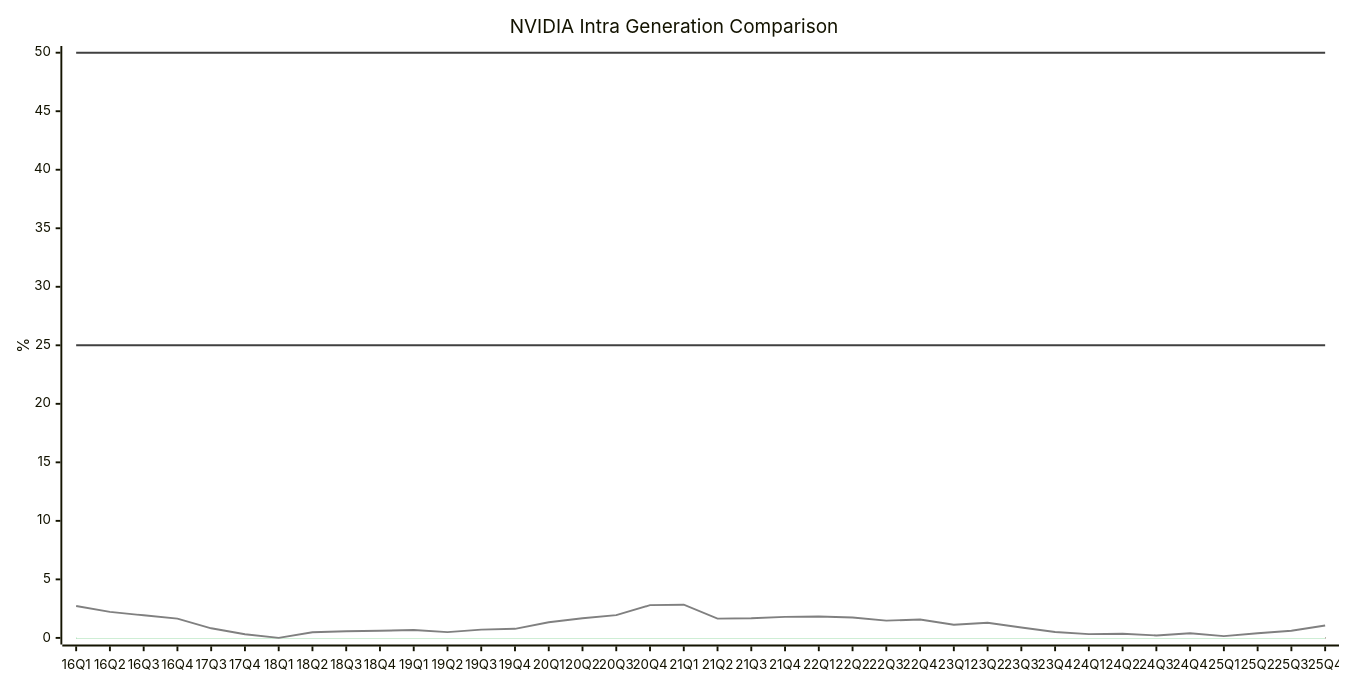
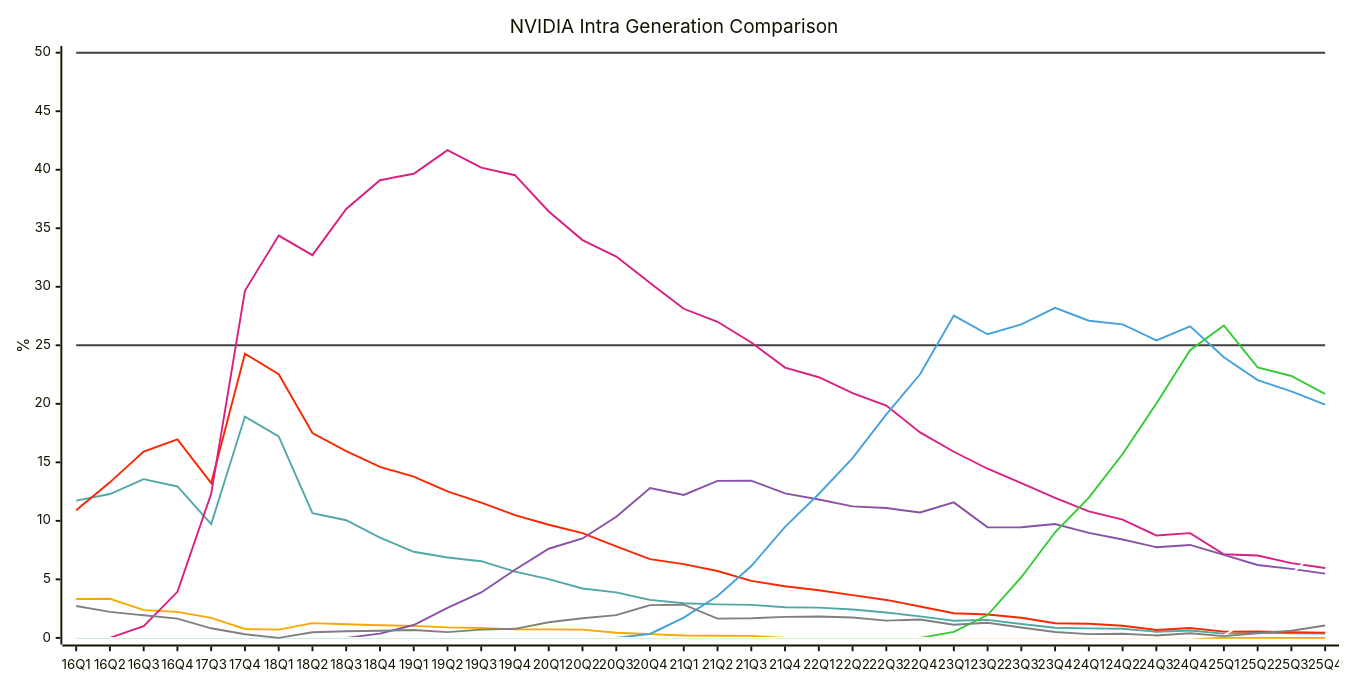
Before and after one commit to jdegene/steamHWsurvey: the second of 30 diagrams in README.md, drawn with Mermaid. The commit also changed 1 other file, not shown here.

Commit message:
minor graph fix

````diff
--- a/README.md
+++ b/README.md
@@ -98,29 +98,29 @@
 ```mermaid
 ---
 config:
     xyChart:
         width: 1400
         height: 700
         
     themeVariables:
         xyChart:
             plotColorPalette: "#404040,#404040,#51a8a6,#f9a900,#f92800,#d92080,#8a52a6,#46a2da,#32CD32,#FFFFFF,#808080"
 
 --- 
 
 xychart-beta
     title "NVIDIA Intra Generation Comparison"
     x-axis [16Q1, 16Q2, 16Q3, 16Q4, 17Q3, 17Q4, 18Q1, 18Q2, 18Q3, 18Q4, 19Q1, 19Q2, 19Q3, 19Q4, 20Q1, 20Q2, 20Q3, 20Q4, 21Q1, 21Q2, 21Q3, 21Q4, 22Q1, 22Q2, 22Q3, 22Q4, 23Q1, 23Q2, 23Q3, 23Q4, 24Q1, 24Q2, 24Q3, 24Q4, 25Q1, 25Q2, 25Q3, 25Q4]
     y-axis "%" 
  line [25, 25, 25, 25, 25, 25, 25, 25, 25, 25, 25, 25, 25, 25, 25, 25, 25, 25, 25, 25, 25, 25, 25, 25, 25, 25, 25, 25, 25, 25, 25, 25, 25, 25, 25, 25, 25, 25]
  line [50, 50, 50, 50, 50, 50, 50, 50, 50, 50, 50, 50, 50, 50, 50, 50, 50, 50, 50, 50, 50, 50, 50, 50, 50, 50, 50, 50, 50, 50, 50, 50, 50, 50, 50, 50, 50, 50]
-    line [0, 0, 0, 0, 0, 0, 0, 0, 0, 0, 0, 0, 0, 0, 0, 0, 0, 0, 0, 0, 0, 0, 0, 0, 0, 0, 0, 0, 0, 0, 0, 0, 0, 0, 0, 0, 0, 0]
-    line [0, 0, 0, 0, 0, 0, 0, 0, 0, 0, 0, 0, 0, 0, 0, 0, 0, 0, 0, 0, 0, 0, 0, 0, 0, 0, 0, 0, 0, 0, 0, 0, 0, 0, 0, 0, 0, 0]
-    line [0, 0, 0, 0, 0, 0, 0, 0, 0, 0, 0, 0, 0, 0, 0, 0, 0, 0, 0, 0, 0, 0, 0, 0, 0, 0, 0, 0, 0, 0, 0, 0, 0, 0, 0, 0, 0, 0]
-    line [0, 0, 0, 0, 0, 0, 0, 0, 0, 0, 0, 0, 0, 0, 0, 0, 0, 0, 0, 0, 0, 0, 0, 0, 0, 0, 0, 0, 0, 0, 0, 0, 0, 0, 0, 0, 0, 0]
-    line [0, 0, 0, 0, 0, 0, 0, 0, 0, 0, 0, 0, 0, 0, 0, 0, 0, 0, 0, 0, 0, 0, 0, 0, 0, 0, 0, 0, 0, 0, 0, 0, 0, 0, 0, 0, 0, 0]
-    line [0, 0, 0, 0, 0, 0, 0, 0, 0, 0, 0, 0, 0, 0, 0, 0, 0, 0, 0, 0, 0, 0, 0, 0, 0, 0, 0, 0, 0, 0, 0, 0, 0, 0, 0, 0, 0, 0]
-    line [0, 0, 0, 0, 0, 0, 0, 0, 0, 0, 0, 0, 0, 0, 0, 0, 0, 0, 0, 0, 0, 0, 0, 0, 0, 0, 0, 0, 0, 0, 0, 0, 0, 0, 0, 0, 0, 0]
-    line [0, 0, 0, 0, 0, 0, 0, 0, 0, 0, 0, 0, 0, 0, 0, 0, 0, 0, 0, 0, 0, 0, 0, 0, 0, 0, 0, 0, 0, 0, 0, 0, 0, 0, 0, 0, 0, 0]
+    line [11.73, 12.293333333333333, 13.56, 12.94, 9.725, 18.91, 17.213333333333335, 10.666666666666668, 10.056666666666668, 8.57, 7.359999999999999, 6.866666666666667, 6.553333333333333, 5.663333333333333, 5.026666666666666, 4.22, 3.8899999999999997, 3.2466666666666666, 2.9633333333333334, 2.8666666666666663, 2.8233333333333333, 2.62, 2.5866666666666664, 2.4266666666666667, 2.17, 1.8433333333333333, 1.4633333333333332, 1.5366666666666666, 1.1933333333333331, 0.8633333333333333, 0.8133333333333335, 0.78, 0.5266666666666667, 0.6366666666666666, 0.36666666666666664, 0.44333333333333336, 0.4, 0.36666666666666664]
+    line [3.323333333333333, 3.34, 2.375, 2.2266666666666666, 1.71, 0.76, 0.71, 1.26, 1.1633333333333333, 1.0799999999999998, 1.0233333333333332, 0.8966666666666666, 0.8433333333333333, 0.73, 0.7266666666666667, 0.71, 0.44333333333333336, 0.32666666666666666, 0.20666666666666667, 0.18000000000000002, 0.16999999999999998, 0, 0, 0, 0, 0, 0, 0, 0, 0, 0, 0, 0, 0, 0, 0, 0, 0]
+    line [10.9, 13.29, 15.925, 16.956666666666667, 13.23, 24.28666666666667, 22.529999999999998, 17.503333333333334, 15.953333333333333, 14.610000000000001, 13.783333333333333, 12.520000000000001, 11.553333333333333, 10.489999999999998, 9.670000000000002, 8.946666666666667, 7.816666666666666, 6.7299999999999995, 6.303333333333333, 5.716666666666667, 4.866666666666667, 4.416666666666667, 4.066666666666666, 3.6533333333333333, 3.2433333333333336, 2.6833333333333336, 2.106666666666667, 2.0033333333333334, 1.7166666666666668, 1.2466666666666668, 1.21, 1.0333333333333332, 0.6766666666666666, 0.8466666666666666, 0.5366666666666666, 0.5466666666666667, 0.4766666666666666, 0.44999999999999996]
+    line [0, 0, 0.9950000000000001, 3.936666666666667, 12.305, 29.66333333333333, 34.37333333333333, 32.7, 36.653333333333336, 39.10666666666667, 39.656666666666666, 41.67, 40.18333333333333, 39.53333333333333, 36.43666666666667, 33.989999999999995, 32.583333333333336, 30.330000000000002, 28.12, 27.006666666666668, 25.240000000000002, 23.096666666666664, 22.27, 20.92, 19.853333333333335, 17.56, 15.906666666666666, 14.453333333333331, 13.223333333333331, 11.966666666666665, 10.803333333333333, 10.110000000000001, 8.743333333333332, 8.949999999999998, 7.1499999999999995, 7.04, 6.386666666666667, 5.973333333333334]
+    line [0, 0, 0, 0, 0, 0, 0, 0, 0, 0.37, 1.1033333333333333, 2.5700000000000003, 3.883333333333333, 5.823333333333333, 7.62, 8.493333333333334, 10.353333333333332, 12.796666666666667, 12.213333333333333, 13.419999999999998, 13.44, 12.346666666666668, 11.820000000000002, 11.236666666666666, 11.096666666666666, 10.72, 11.576666666666668, 9.443333333333333, 9.453333333333331, 9.726666666666667, 8.973333333333333, 8.406666666666666, 7.75, 7.943333333333334, 7.090000000000001, 6.23, 5.8933333333333335, 5.486666666666666]
+    line [0, 0, 0, 0, 0, 0, 0, 0, 0, 0, 0, 0, 0, 0, 0, 0, 0, 0.33499999999999996, 1.73, 3.58, 6.140000000000001, 9.483333333333333, 12.293333333333333, 15.356666666666666, 19.096666666666664, 22.526666666666664, 27.540000000000003, 25.94666666666667, 26.78333333333333, 28.196666666666665, 27.099999999999998, 26.78333333333333, 25.416666666666664, 26.626666666666665, 23.976666666666667, 22.029999999999998, 21.063333333333333, 19.933333333333334]
+    line [0, 0, 0, 0, 0, 0, 0, 0, 0, 0, 0, 0, 0, 0, 0, 0, 0, 0, 0, 0, 0, 0, 0, 0, 0, 0, 0.52, 1.95, 5.183333333333334, 9.023333333333333, 11.983333333333334, 15.706666666666665, 20.026666666666667, 24.583333333333336, 26.693333333333335, 23.11, 22.376666666666665, 20.84]
+    line [0, 0, 0, 0, 0, 0, 0, 0, 0, 0, 0, 0, 0, 0, 0, 0, 0, 0, 0, 0, 0, 0, 0, 0, 0, 0, 0, 0, 0, 0, 0, 0, 0, 0, 0.19, 2.0233333333333334, 5.463333333333334, 8.09]
     line [2.723333333333333, 2.2233333333333336, 1.9299999999999997, 1.6500000000000001, 0.8199999999999998, 0.31000000000000005, 0, 0.48, 0.5700000000000001, 0.6133333333333334, 0.67, 0.49000000000000005, 0.71, 0.7766666666666667, 1.3333333333333335, 1.6733333333333333, 1.95, 2.796666666666667, 2.833333333333333, 1.6500000000000001, 1.6833333333333336, 1.7933333333333332, 1.8233333333333335, 1.7466666666666668, 1.4766666666666666, 1.5733333333333335, 1.1266666666666667, 1.2933333333333332, 0.8833333333333334, 0.5050000000000001, 0.32666666666666666, 0.35666666666666674, 0.21, 0.4, 0.15, 0.4, 0.6166666666666667, 1.06]
 ``` 
````
